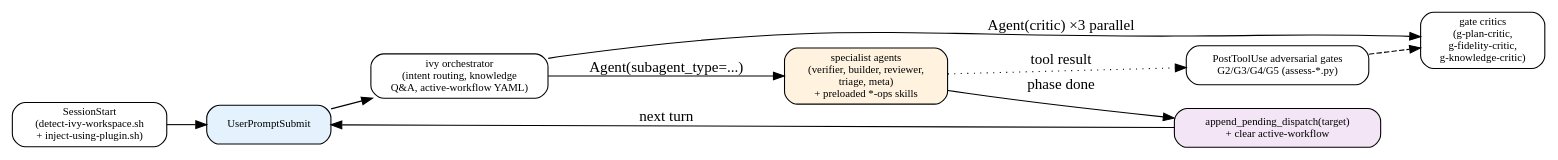
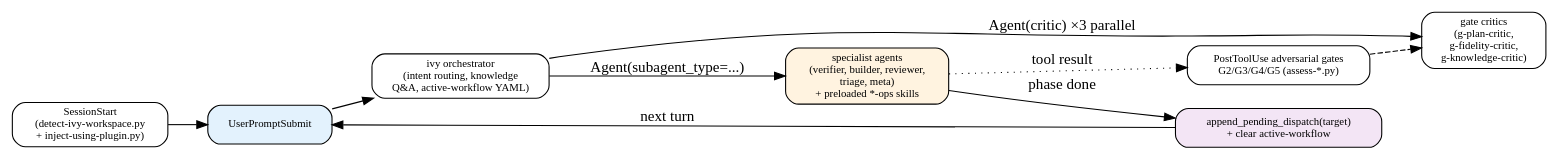
Before and after one commit to ElNiak/panther-ivy-plugin: the diagram in plugins/panther-ivy-plugin/skills/README.md, drawn with Graphviz. The commit also changed 48 other files, not shown here.

````diff
--- a/plugins/panther-ivy-plugin/skills/README.md
+++ b/plugins/panther-ivy-plugin/skills/README.md
@@ -17,25 +17,25 @@
 ```dot
 digraph plugin_runtime {
   rankdir=LR;
   node [shape=box, style=rounded, fontsize=10];
 
-  start    [label="SessionStart\n(detect-ivy-workspace.sh\n+ inject-using-plugin.sh)"];
+  start    [label="SessionStart\n(detect-ivy-workspace.py\n+ inject-using-plugin.py)"];
   prompt   [label="UserPromptSubmit", style="rounded,filled", fillcolor="#e3f2fd"];
   ivy      [label="ivy orchestrator\n(intent routing, knowledge\nQ&A, active-workflow YAML)"];
   agents   [label="specialist agents\n(verifier, builder, reviewer,\ntriage, meta)\n+ preloaded *-ops skills",
             style="rounded,filled", fillcolor="#fff3e0"];
   critics  [label="gate critics\n(g-plan-critic,\ng-fidelity-critic,\ng-knowledge-critic)"];
   hooks    [label="PostToolUse adversarial gates\nG2/G3/G4/G5 (assess-*.py)"];
   handoff  [label="append_pending_dispatch(target)\n+ clear active-workflow",
             style="rounded,filled", fillcolor="#f3e5f5"];
 
   start    -> prompt;
   prompt   -> ivy;
   ivy      -> agents  [label="Agent(subagent_type=...)"];
   ivy      -> critics [label="Agent(critic) ×3 parallel"];
   agents   -> hooks   [style=dotted, label="tool result"];
   hooks    -> critics [style=dashed];
   agents   -> handoff [label="phase done"];
   handoff  -> prompt  [label="next turn"];
 }
 ```
````
